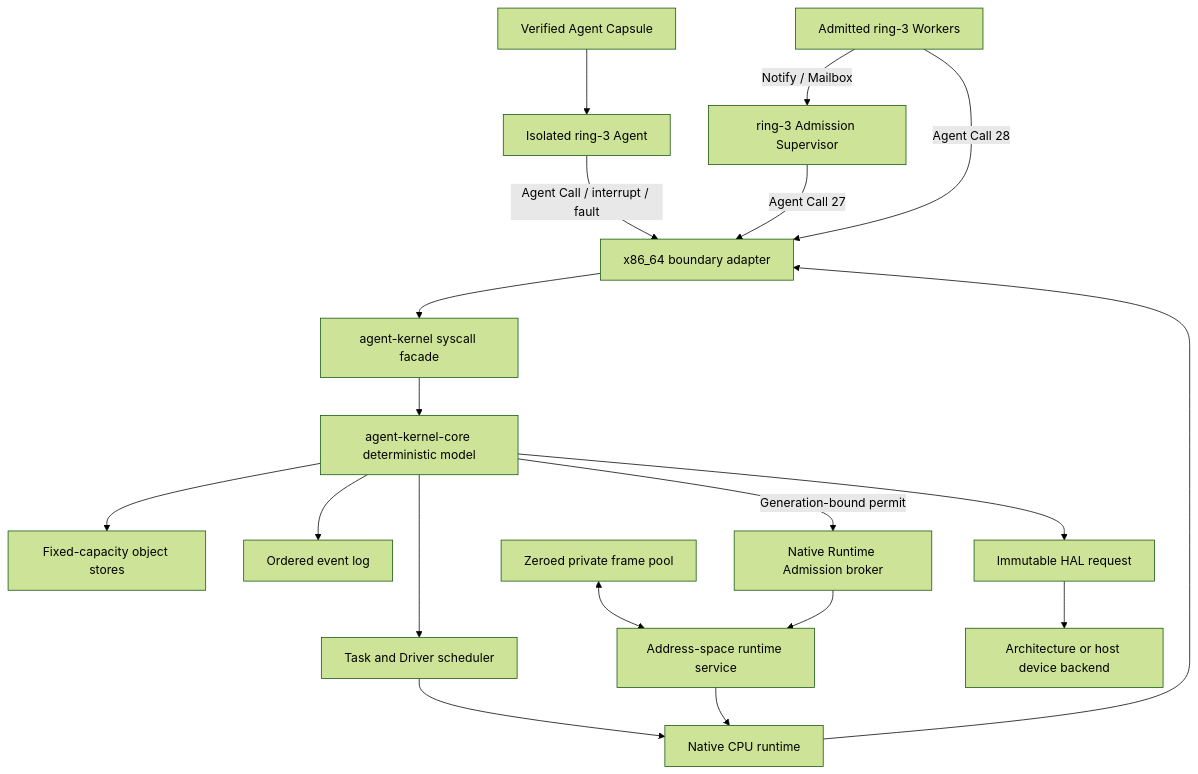
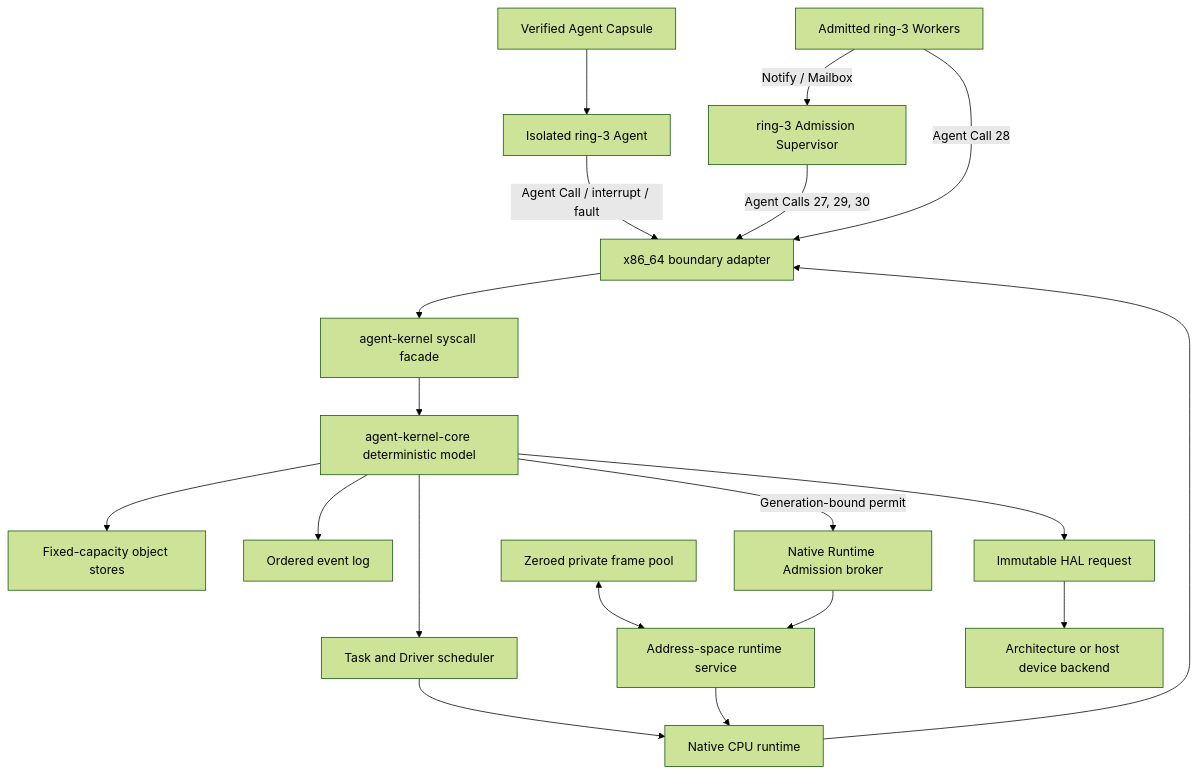
One commit to Evan-master/agent-kernel changed the diagram in README.md. Above: the diagram before and after it, drawn with Mermaid (forest theme). The commit also changed other lines of this file and 42 other files, not shown here.

````diff
--- a/README.md
+++ b/README.md
@@ -167,21 +173,21 @@
 ```mermaid
 flowchart TB
     Capsule["Verified Agent Capsule"] --> Ring3["Isolated ring-3 Agent"]
     Ring3 -->|"Agent Call / interrupt / fault"| X86["x86_64 boundary adapter"]
     X86 --> Facade["agent-kernel syscall facade"]
     Facade --> Core["agent-kernel-core deterministic model"]
     Core --> Stores["Fixed-capacity object stores"]
     Core --> Events["Ordered event log"]
     Core --> Scheduler["Task and Driver scheduler"]
     Scheduler --> Runtime["Native CPU runtime"]
     Runtime --> X86
     FramePool["Zeroed private frame pool"] <--> AddressService["Address-space runtime service"]
     Broker["Native Runtime Admission broker"] --> AddressService
     Core -->|"Generation-bound permit"| Broker
     AddressService --> Runtime
     Core --> HAL["Immutable HAL request"]
     HAL --> Device["Architecture or host device backend"]
-    Supervisor["ring-3 Admission Supervisor"] -->|"Agent Call 27"| X86
+    Supervisor["ring-3 Admission Supervisor"] -->|"Agent Calls 27, 29, 30"| X86
     Workers["Admitted ring-3 Workers"] -->|"Agent Call 28"| X86
     Workers -->|"Notify / Mailbox"| Supervisor
 ```
````
